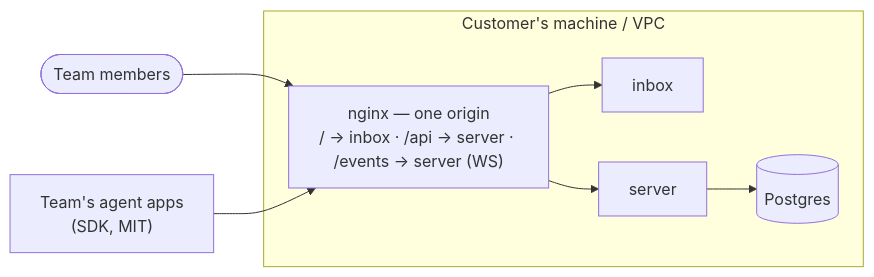
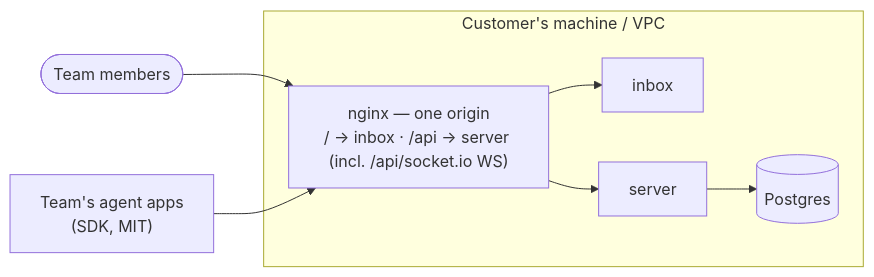
The third of 3 diagrams in docs/DEPLOYMENT.md (AbdullahMukadam/intentlock), drawn with Mermaid before and after one commit. The commit also changed other lines of this file and 5 other files, not shown here.

Commit message:
docs: phase 4 architecture, ADRs 045-051, plan and journal

````diff
--- a/docs/DEPLOYMENT.md
+++ b/docs/DEPLOYMENT.md
@@ -210,14 +211,14 @@
 ```mermaid
 flowchart LR
     browser([Team members]) --> proxy
     agents["Team's agent apps<br/>(SDK, MIT)"] --> proxy
     subgraph host["Customer's machine / VPC"]
-        proxy["nginx — one origin<br/>/ → inbox · /api → server · /events → server (WS)"]
+        proxy["nginx — one origin<br/>/ → inbox · /api → server (incl. /api/socket.io WS)"]
         inbox["inbox"]
         server["server"]
         db[("Postgres")]
         proxy --> inbox
         proxy --> server
         server --> db
     end
 ```
````
